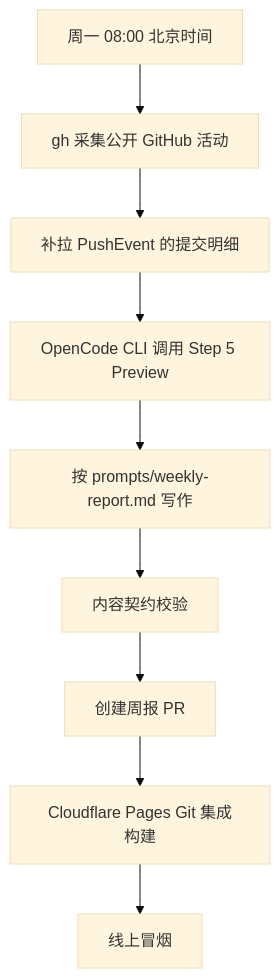
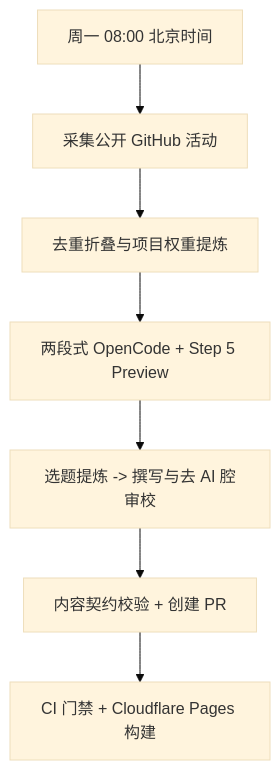
Before and after one commit to 3y3y3y-huaiji/hugo-blog-loveit-theme: the diagram in content/about/index.md, drawn with Mermaid (base theme). The commit also changed other lines of this file and 9 other files, not shown here.

````diff
--- a/content/about/index.md
+++ b/content/about/index.md
@@ -22,11 +32,9 @@
 ```mermaid
 graph TD
-    A[周一 08:00 北京时间] --> B[gh 采集公开 GitHub 活动]
-    B --> C[补拉 PushEvent 的提交明细]
-    C --> D[OpenCode CLI 调用 Step 5 Preview]
-    D --> E[按 prompts/weekly-report.md 写作]
-    E --> F[内容契约校验]
-    F --> G[创建周报 PR]
-    G --> H[Cloudflare Pages Git 集成构建]
-    H --> I[线上冒烟]
+    A[周一 08:00 北京时间] --> B[采集公开 GitHub 活动]
+    B --> C[去重折叠与项目权重提炼]
+    C --> D[两段式 OpenCode + Step 5 Preview]
+    D --> E[选题提炼 -> 撰写与去 AI 腔审校]
+    E --> F[内容契约校验 + 创建 PR]
+    F --> G[CI 门禁 + Cloudflare Pages 构建]
 ```
````
